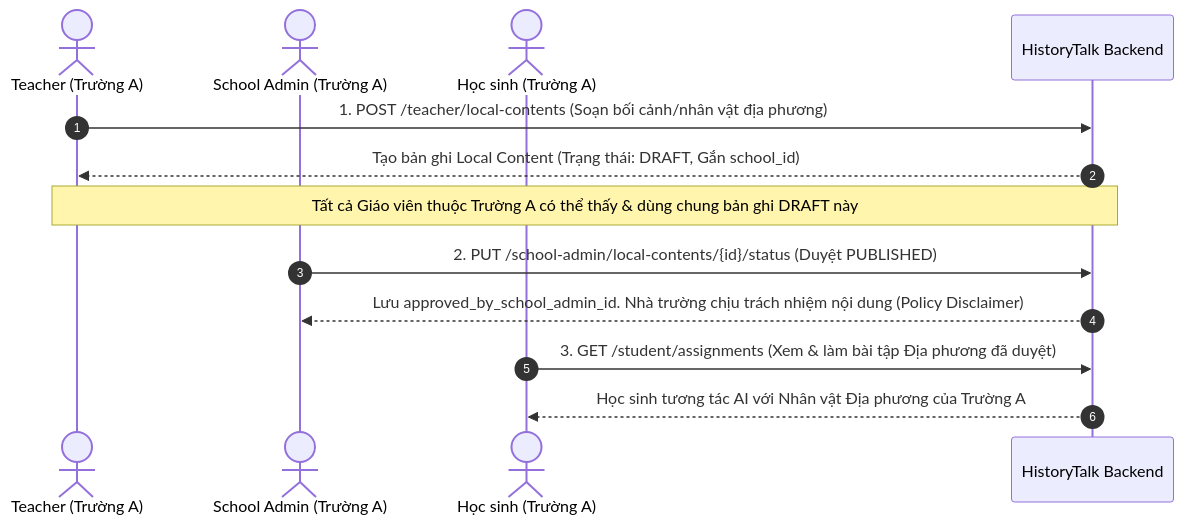
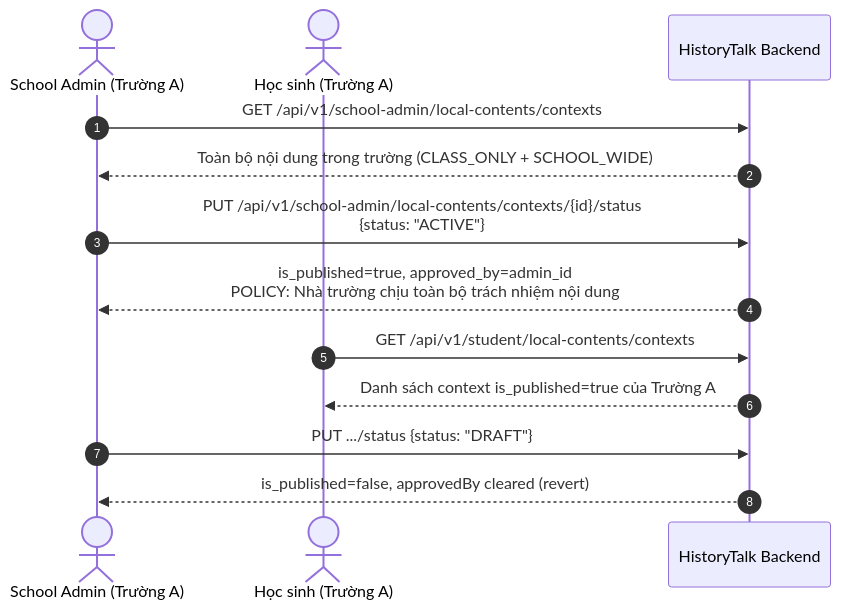
The second of 4 diagrams in docs/sprints/sprint_6/business_flows/assignment_analytics_flow.md (DinhTQSE/Capstone_FinalProject_HistoryTalk), drawn with Mermaid before and after one commit. The commit also changed other lines of this file and 21 other files, not shown here.

Commit message:
local content management

````diff
--- a/docs/sprints/sprint_6/business_flows/assignment_analytics_flow.md
+++ b/docs/sprints/sprint_6/business_flows/assignment_analytics_flow.md
@@ -9,19 +35,19 @@
 ```mermaid
 sequenceDiagram
     autonumber
-    actor T as Teacher (Trường A)
     actor ScA as School Admin (Trường A)
     actor St as Học sinh (Trường A)
-    participant System as HistoryTalk Backend
+    participant BE as HistoryTalk Backend
 
-    T->>System: 1. POST /teacher/local-contents (Soạn bối cảnh/nhân vật địa phương)
-    System-->>T: Tạo bản ghi Local Content (Trạng thái: DRAFT, Gắn school_id)
-    
-    Note over T,System: Tất cả Giáo viên thuộc Trường A có thể thấy & dùng chung bản ghi DRAFT này
+    ScA->>BE: GET /api/v1/school-admin/local-contents/contexts
+    BE-->>ScA: Toàn bộ nội dung trong trường (CLASS_ONLY + SCHOOL_WIDE)
 
-    ScA->>System: 2. PUT /school-admin/local-contents/{id}/status (Duyệt PUBLISHED)
-    System-->>ScA: Lưu approved_by_school_admin_id. Nhà trường chịu trách nhiệm nội dung (Policy Disclaimer)
+    ScA->>BE: PUT /api/v1/school-admin/local-contents/contexts/{id}/status<br/>{status: "ACTIVE"}
+    BE-->>ScA: is_published=true, approved_by=admin_id<br/>POLICY: Nhà trường chịu toàn bộ trách nhiệm nội dung
 
-    St->>System: 3. GET /student/assignments (Xem & làm bài tập Địa phương đã duyệt)
-    System-->>St: Học sinh tương tác AI với Nhân vật Địa phương của Trường A
+    St->>BE: GET /api/v1/student/local-contents/contexts
+    BE-->>St: Danh sách context is_published=true của Trường A
+
+    ScA->>BE: PUT .../status {status: "DRAFT"}
+    BE-->>ScA: is_published=false, approvedBy cleared (revert)
 ```
````
